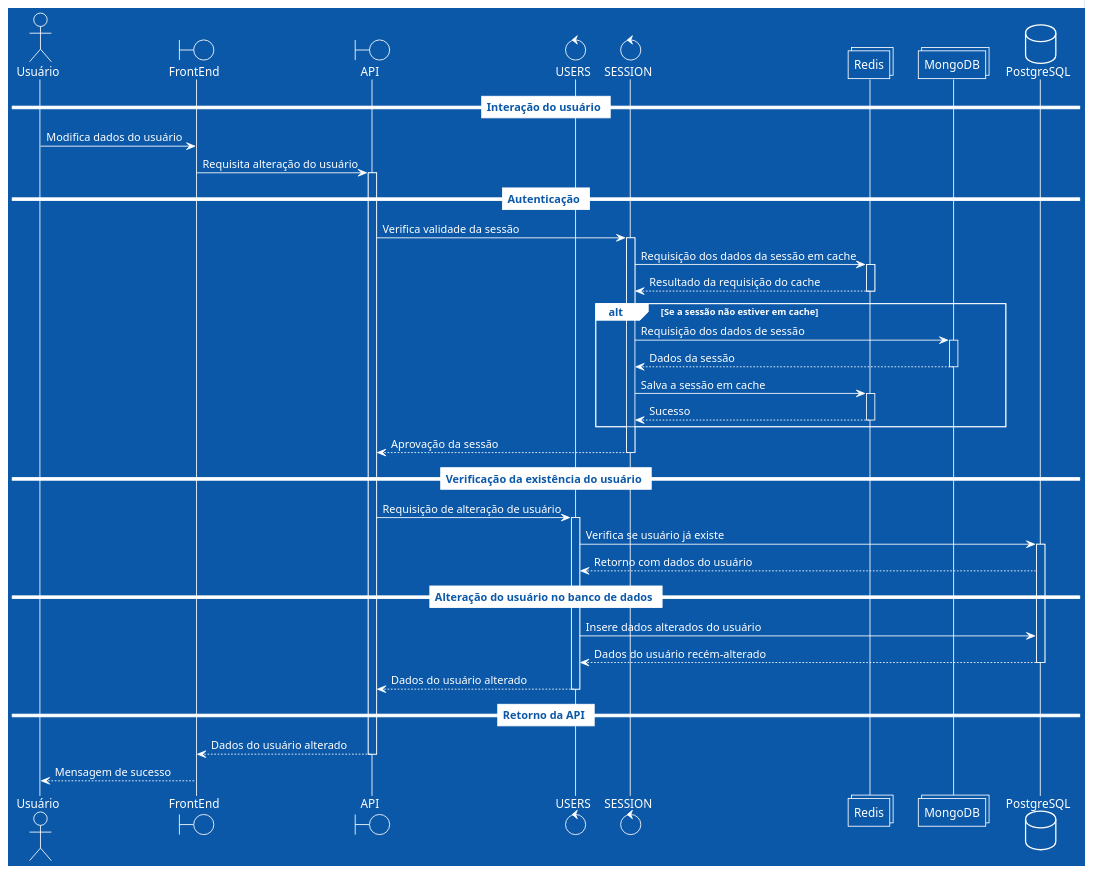
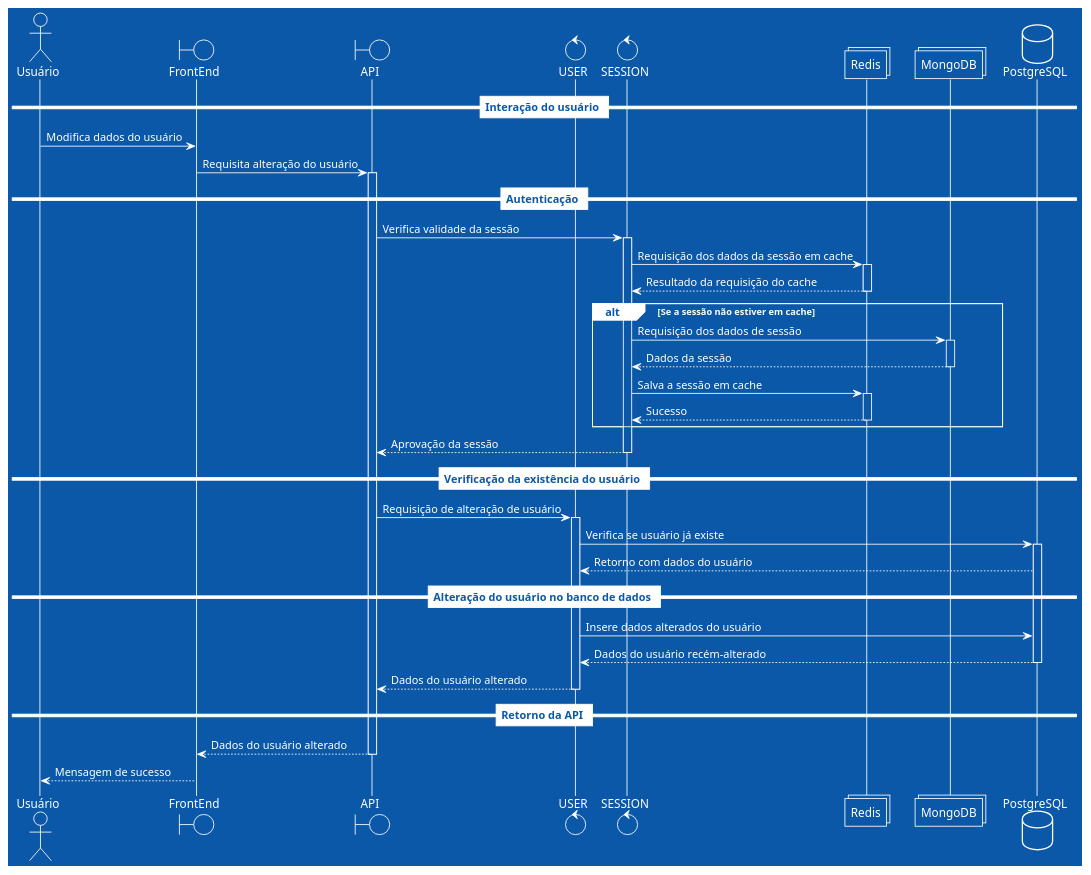
One commit to Minerva-System/minerva-system changed the diagram in docs/src/diagramas/alteracao-usuarios.md. Above: the diagram before and after it, drawn with PlantUML. The commit also changed 10 other files, not shown here.

````diff
--- a/docs/src/diagramas/alteracao-usuarios.md
+++ b/docs/src/diagramas/alteracao-usuarios.md
@@ -5,65 +5,65 @@
 ```plantuml
 @startuml
 !theme amiga
 actor       Usuário    as ator
 boundary    FrontEnd   as frontend
 boundary    API        as api
-control     USERS      as users
+control     USER      as user
 control     SESSION    as session
 collections Redis      as redis
 collections MongoDB    as mongo
 database    PostgreSQL as postgres
 
 == Interação do usuário ==
 
 ator     ->  frontend:     Modifica dados do usuário
 frontend ->  api:          Requisita alteração do usuário
 activate api
 
 == Autenticação ==
 
 api      ->  session:  Verifica validade da sessão
 activate session
 session  ->  redis:    Requisição dos dados da sessão em cache
 activate redis
 session  <-- redis:    Resultado da requisição do cache
 deactivate redis
 
 alt Se a sessão não estiver em cache
 	session ->  mongo: Requisição dos dados de sessão
 	activate mongo
 	session <-- mongo: Dados da sessão
 	deactivate mongo
 	session ->  redis: Salva a sessão em cache
 	activate redis
 	session <-- redis: Sucesso
 	deactivate redis
 end
 
 api   <-- session:  Aprovação da sessão
 deactivate session
 
 == Verificação da existência do usuário ==
 
-api      ->  users:        Requisição de alteração de usuário
-activate users
-users    ->  postgres:     Verifica se usuário já existe
+api      ->  user:        Requisição de alteração de usuário
+activate user
+user    ->  postgres:     Verifica se usuário já existe
 activate postgres
-users    <-- postgres:     Retorno com dados do usuário
+user    <-- postgres:     Retorno com dados do usuário
 
 == Alteração do usuário no banco de dados ==
 
-users    ->  postgres:     Insere dados alterados do usuário
-users    <-- postgres:     Dados do usuário recém-alterado
+user    ->  postgres:     Insere dados alterados do usuário
+user    <-- postgres:     Dados do usuário recém-alterado
 deactivate postgres
-api      <-- users:        Dados do usuário alterado
-deactivate users
+api      <-- user:        Dados do usuário alterado
+deactivate user
 
 == Retorno da API ==
 
 frontend <-- api:          Dados do usuário alterado
 deactivate api
 ator     <-- frontend:     Mensagem de sucesso
 
 @enduml
 ```
````
